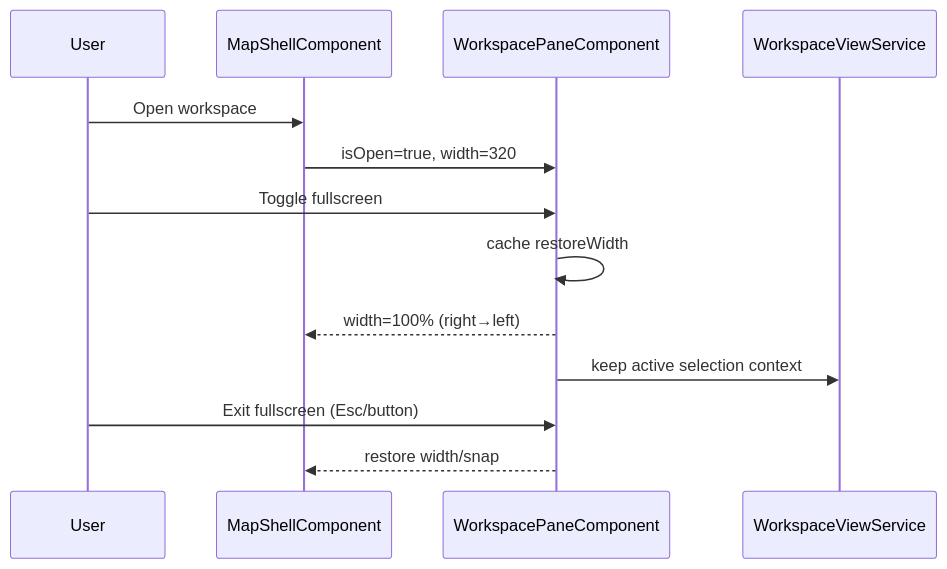
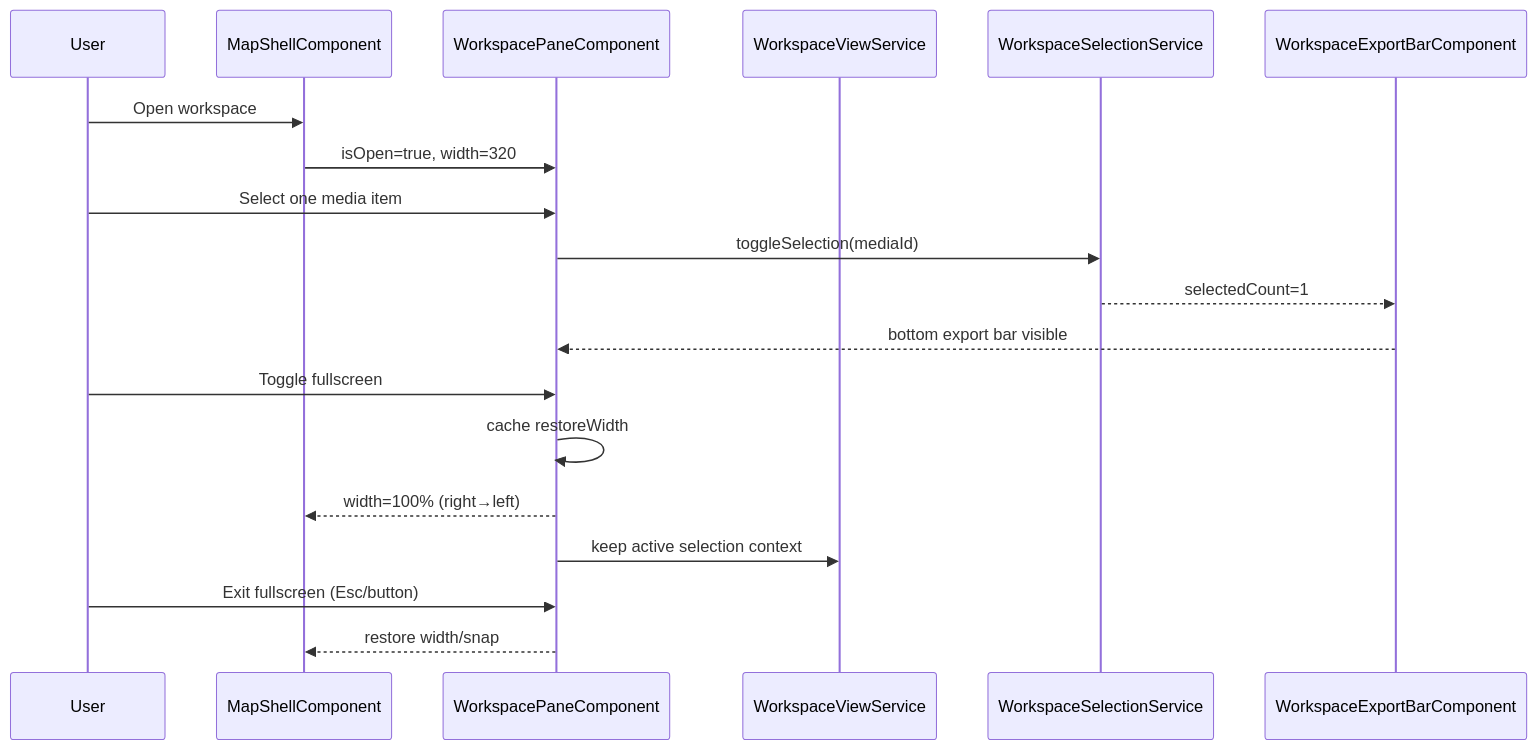
Before and after one commit to matkleve/feldpost: the third of 4 diagrams in docs/element-specs/workspace-pane.md, drawn with Mermaid. The commit also changed other lines of this file and 43 other files, not shown here.

First line of the commit message:
feat(workspace-export): implement Workspace Export Bar and related functionality

````diff
--- a/docs/element-specs/workspace-pane.md
+++ b/docs/element-specs/workspace-pane.md
@@ -124,16 +132,22 @@
 ```mermaid
 sequenceDiagram
   participant User
   participant Shell as MapShellComponent
   participant Pane as WorkspacePaneComponent
   participant View as WorkspaceViewService
+  participant Sel as WorkspaceSelectionService
+  participant Export as WorkspaceExportBarComponent
 
   User->>Shell: Open workspace
   Shell->>Pane: isOpen=true, width=320
+  User->>Pane: Select one media item
+  Pane->>Sel: toggleSelection(mediaId)
+  Sel-->>Export: selectedCount=1
+  Export-->>Pane: bottom export bar visible
   User->>Pane: Toggle fullscreen
   Pane->>Pane: cache restoreWidth
   Pane-->>Shell: width=100% (right→left)
   Pane->>View: keep active selection context
   User->>Pane: Exit fullscreen (Esc/button)
   Pane-->>Shell: restore width/snap
 ```
````
